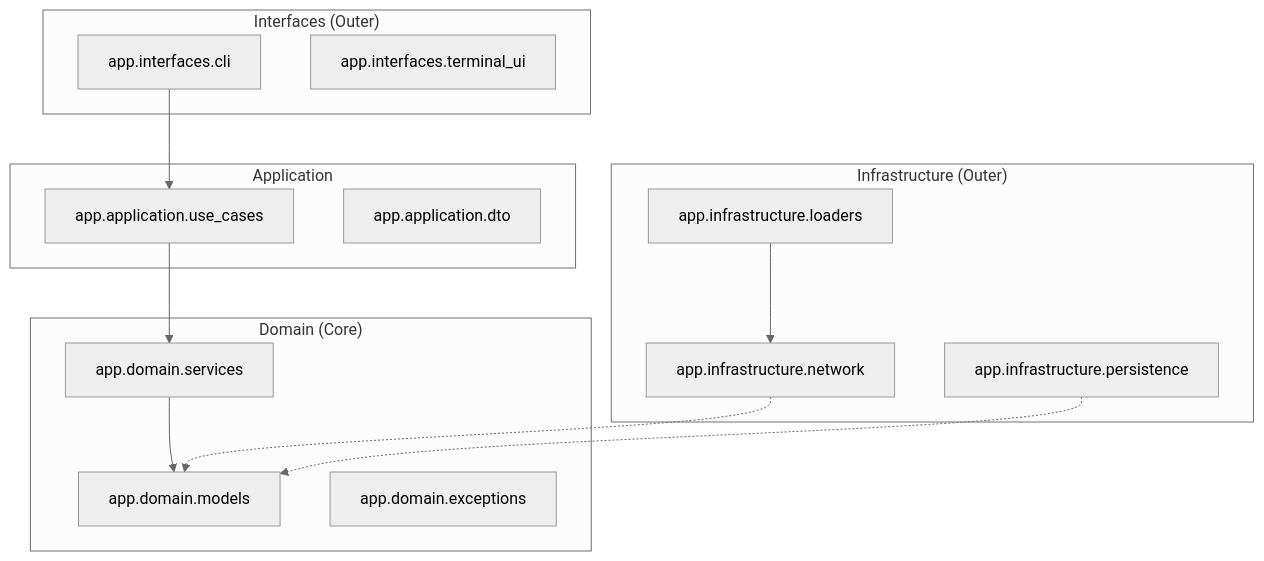
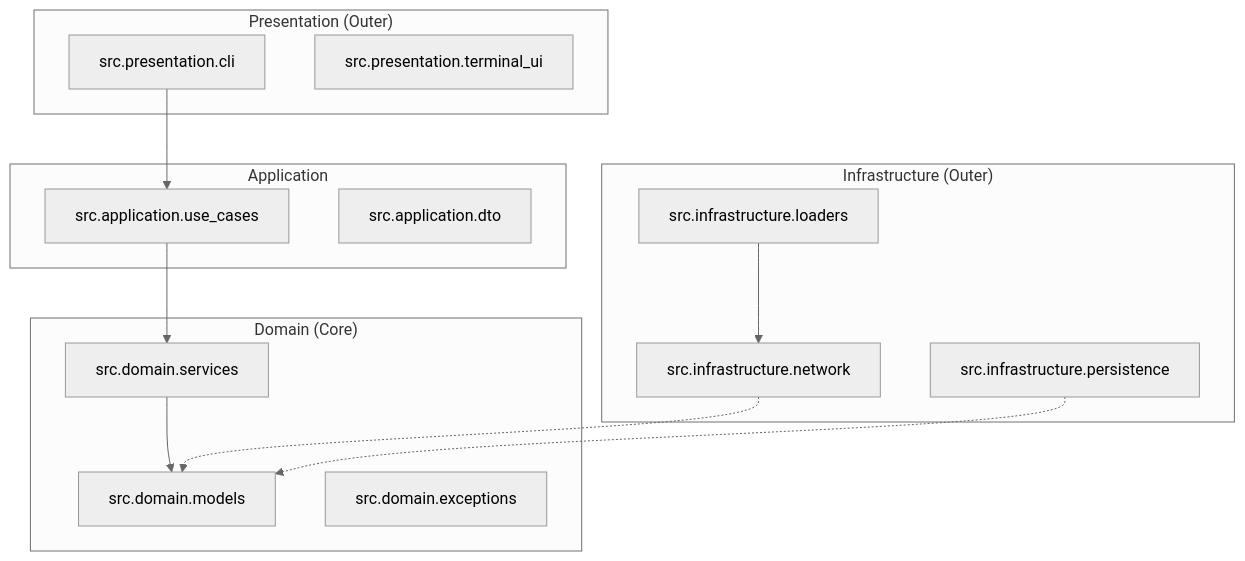
Before and after one commit to victorh-silveira/supabase-recon: the first of 2 diagrams in docs/arquitetura.md, drawn with Mermaid (neutral theme). The commit also changed other lines of this file and 84 other files, not shown here.

First line of the commit message:
refactor(repo): alinhar monorepo ao padrao app/linters/config

````diff
--- a/docs/arquitetura.md
+++ b/docs/arquitetura.md
@@ -11,31 +11,31 @@
 ```mermaid
 graph TD
-    subgraph "Interfaces (Outer)"
-        CLI[app.interfaces.cli]
-        UI[app.interfaces.terminal_ui]
+    subgraph "Presentation (Outer)"
+        CLI[src.presentation.cli]
+        UI[src.presentation.terminal_ui]
     end
 
     subgraph "Application"
-        UC[app.application.use_cases]
-        DTO[app.application.dto]
+        UC[src.application.use_cases]
+        DTO[src.application.dto]
     end
 
     subgraph "Domain (Core)"
-        Models[app.domain.models]
-        Services[app.domain.services]
-        Exceptions[app.domain.exceptions]
+        Models[src.domain.models]
+        Services[src.domain.services]
+        Exceptions[src.domain.exceptions]
     end
 
     subgraph "Infrastructure (Outer)"
-        HTTP[app.infrastructure.network]
-        Repo[app.infrastructure.persistence]
-        Loaders[app.infrastructure.loaders]
+        HTTP[src.infrastructure.network]
+        Repo[src.infrastructure.persistence]
+        Loaders[src.infrastructure.loaders]
     end
 
     CLI --> UC
     UC --> Services
     Services --> Models
     HTTP -.-> Models
     Repo -.-> Models
     Loaders --> HTTP
 ```
````
